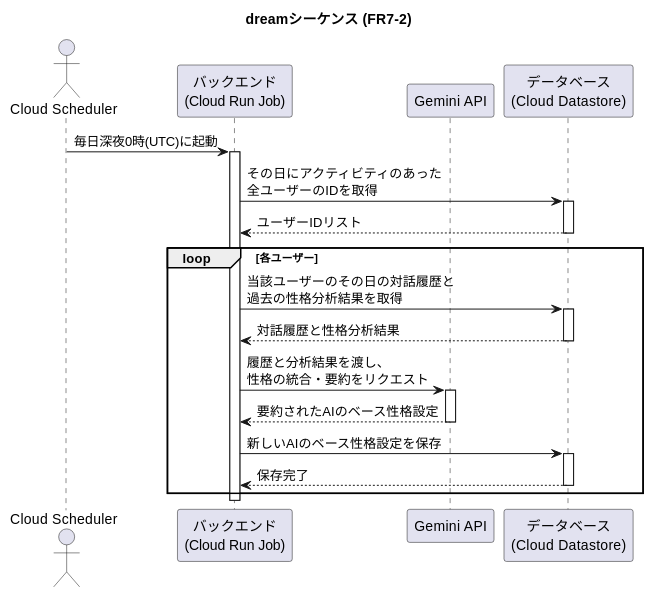
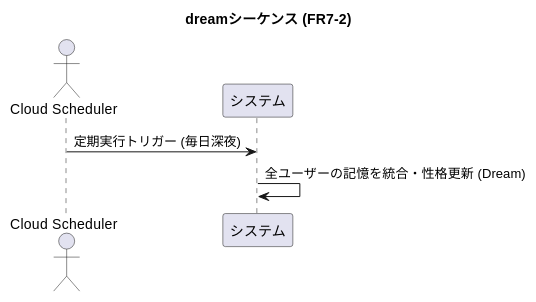
One commit to prankster-freedom/ToyBox changed the eighth of 10 diagrams in doc/1.SPEC.md. Above: the diagram before and after it, drawn with PlantUML. The commit also changed other lines of this file and 25 other files, not shown here.

````diff
--- a/doc/1.SPEC.md
+++ b/doc/1.SPEC.md
@@ -307,37 +246,11 @@
 ```plantuml
 @startuml
 title dreamシーケンス (FR7-2)
 
 actor "Cloud Scheduler" as Scheduler
-participant "バックエンド\n(Cloud Run Job)" as DreamJob
-participant "Gemini API" as Gemini
-participant "データベース\n(Cloud Datastore)" as DB
+participant "システム" as System
 
-Scheduler -> DreamJob: 毎日深夜0時(UTC)に起動
-activate DreamJob
-
-DreamJob -> DB: その日にアクティビティのあった\n全ユーザーのIDを取得
-activate DB
-DB --> DreamJob: ユーザーIDリスト
-deactivate DB
-
-loop 各ユーザー
-  DreamJob -> DB: 当該ユーザーのその日の対話履歴と\n過去の性格分析結果を取得
-  activate DB
-  DB --> DreamJob: 対話履歴と性格分析結果
-  deactivate DB
-
-  DreamJob -> Gemini: 履歴と分析結果を渡し、\n性格の統合・要約をリクエスト
-  activate Gemini
-  Gemini --> DreamJob: 要約されたAIのベース性格設定
-  deactivate Gemini
-
-  DreamJob -> DB: 新しいAIのベース性格設定を保存
-  activate DB
-  DB --> DreamJob: 保存完了
-  deactivate DB
-end
-
-deactivate DreamJob
+Scheduler -> System: 定期実行トリガー (毎日深夜)
+System -> System: 全ユーザーの記憶を統合・性格更新 (Dream)
 @enduml
 ```
````
